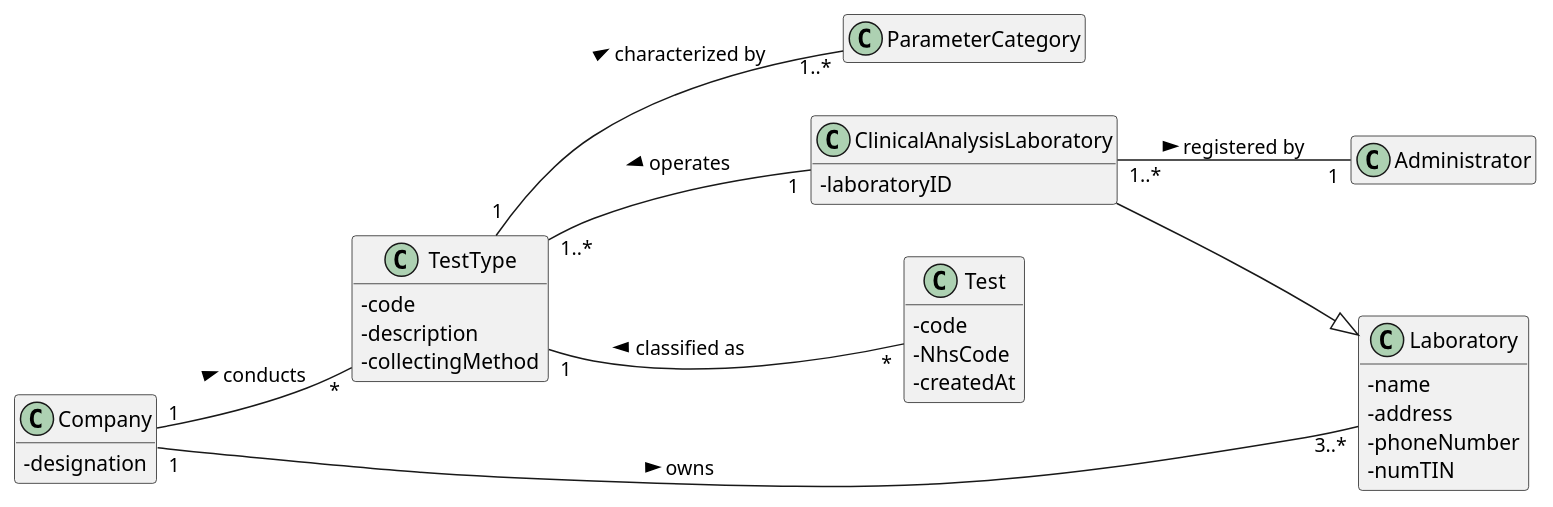
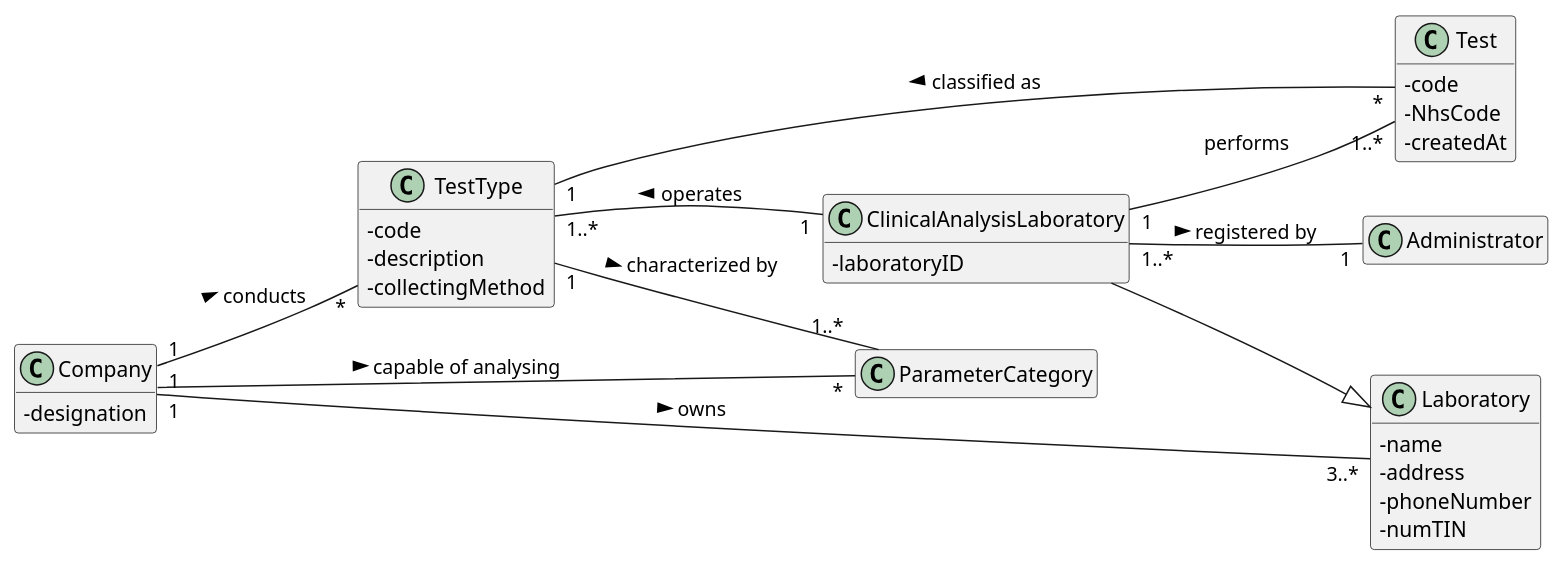
The diagram in docs/SprintB/US_8/US8_DM.puml (ana-albergaria/LAPR2-ISEP), drawn with PlantUML before and after one commit. The commit also changed 3 other files, not shown here.

Commit message:
US5 Fixing SD Partial Diagram + Fixing code according to new requirements from Client

```diff
--- a/docs/SprintB/US_8/US8_DM.puml
+++ b/docs/SprintB/US_8/US8_DM.puml
@@ -1,83 +1,85 @@
 @startuml
 
 skinparam classAttributeIconSize 0
 hide empty methods
 hide empty attributes
 left to right direction
 
 class Laboratory {
 - name
 - address
 - phoneNumber
 - numTIN
 }
 
 /'
 class Employee {
 - employeeID
 - organizationRole
 - name
 - address
 - phoneNumber
 - e-Mail
 - standardOccupationalClassificationCode
 }'/
 
 class Test{
 - code
 - NhsCode
 - createdAt
 }
 
 class ClinicalAnalysisLaboratory{
 - laboratoryID
 }
 
 /'class Application{}'/
 
 class TestType{
 - code
 - description
 - collectingMethod
 }
 
 class Company{
 - designation
 }
 
 class Administrator{}
 
 together {
 class TestType
 class Laboratory
 }
 
 Company -[hidden]-> TestType
 Company -[hidden]-> Laboratory
 
 
 /' LAYOUT PURPOSES '/
 ClinicalAnalysisLaboratory -[hidden]down-> Laboratory
 Test -[hidden]up-> TestType
 ClinicalAnalysisLaboratory -[hidden]up-> TestType
 
 
 /' END OF LAYOUT PURPOSES '/
 
 Company "1" -- "3..*" Laboratory : owns >
 /'ClinicalAnalysisLaboratory "1" -- "1" Laboratory : is of >'/
 /'Employee "1..*" - "1" Company : works for >'/
 Company "1" -- "*" TestType : conducts >
+ClinicalAnalysisLaboratory "1" -- "1..*" Test : performs
+Company "1" -- "*" ParameterCategory : capable of analysing >
 
 /' MUDAR SENTIDO DA SETA? POR CAUSA DO RATIONALE '/
 /'Application "1" -- "1" Company : knows <'/
 Test "*" -- "1" TestType : classified as >
 ClinicalAnalysisLaboratory "1" -- "1..*" TestType : operates >
 ClinicalAnalysisLaboratory "1..*" -- "1" Administrator : registered by >
 TestType "1" -- "1..*" ParameterCategory : characterized by >
 
 Laboratory <|-- ClinicalAnalysisLaboratory
 
 
 
 @enduml
```
